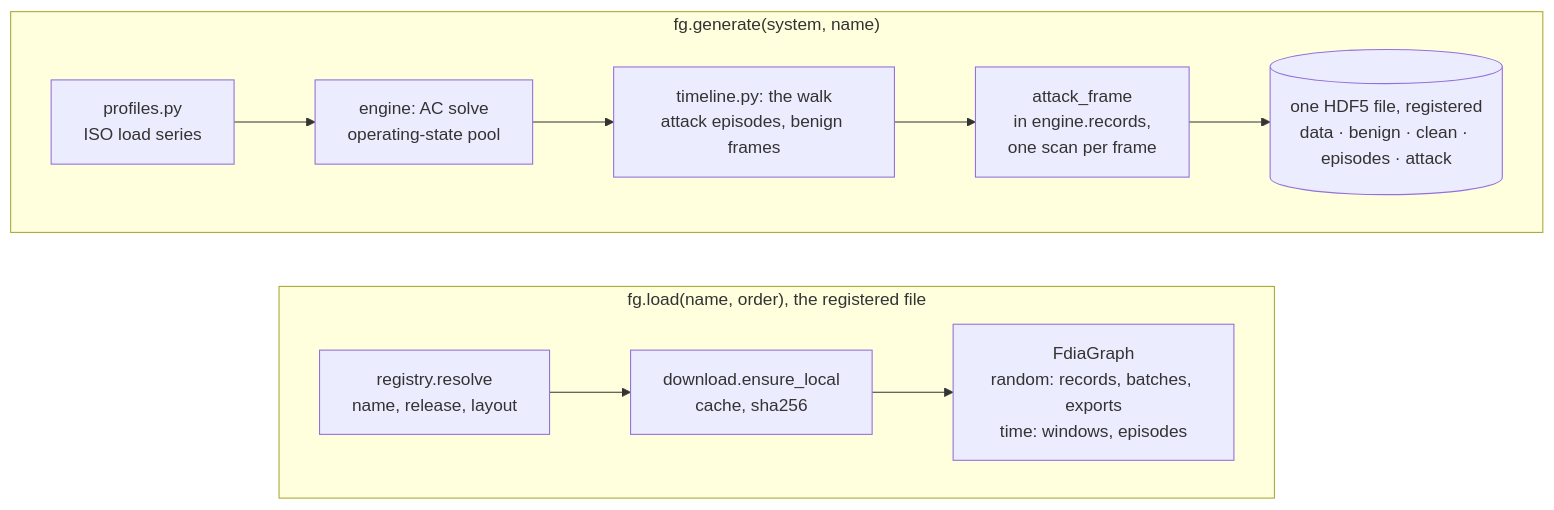
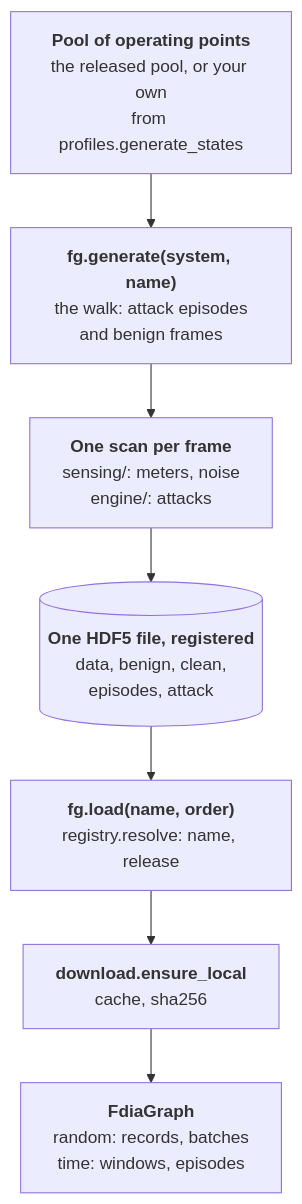
One commit to myersben9/fdia-graph changed the diagram in docs/figures/diagrams/roadmap_generate_load.mmd. Above: the diagram before and after it, drawn with Mermaid. The commit also changed 49 other files, not shown here.

First line of the commit message:
Docs: a landing page that says what the project is, and diagrams a phone can read (#256)

```diff
--- a/docs/figures/diagrams/roadmap_generate_load.mmd
+++ b/docs/figures/diagrams/roadmap_generate_load.mmd
@@ -1,14 +1,21 @@
 flowchart TB
-    subgraph generate["fg.generate(system, name)"]
-        direction LR
-        p1[profiles.py<br/>ISO load series] --> p2["engine: AC solve<br/>operating-state pool"]
-        p2 --> p3["timeline.py: the walk<br/>attack episodes, benign frames"]
-        p3 --> p4["attack_frame<br/>in engine.records,<br/>one scan per frame"]
-        p4 --> p5[("one HDF5 file, registered<br/>data · benign · clean · episodes · attack")]
-    end
-    subgraph load["fg.load(name, order), the registered file"]
-        direction LR
-        l1[registry.resolve<br/>name, release, layout] --> l2[download.ensure_local<br/>cache, sha256]
-        l2 --> l3["FdiaGraph<br/>random: records, batches, exports<br/>time: windows, episodes"]
-    end
-    generate ~~~ load
+    pool["`**Pool of operating points**
+    the released pool, or your own
+    from profiles.generate_states`"]
+    gen["`**fg.generate(system, name)**
+    the walk: attack episodes
+    and benign frames`"]
+    scan["`**One scan per frame**
+    sensing/: meters, noise
+    engine/: attacks`"]
+    file[("`**One HDF5 file, registered**
+    data, benign, clean,
+    episodes, attack`")]
+    resolve["`**fg.load(name, order)**
+    registry.resolve: name, release`"]
+    local["`**download.ensure_local**
+    cache, sha256`"]
+    loaded["`**FdiaGraph**
+    random: records, batches
+    time: windows, episodes`"]
+    pool --> gen --> scan --> file --> resolve --> local --> loaded
```
